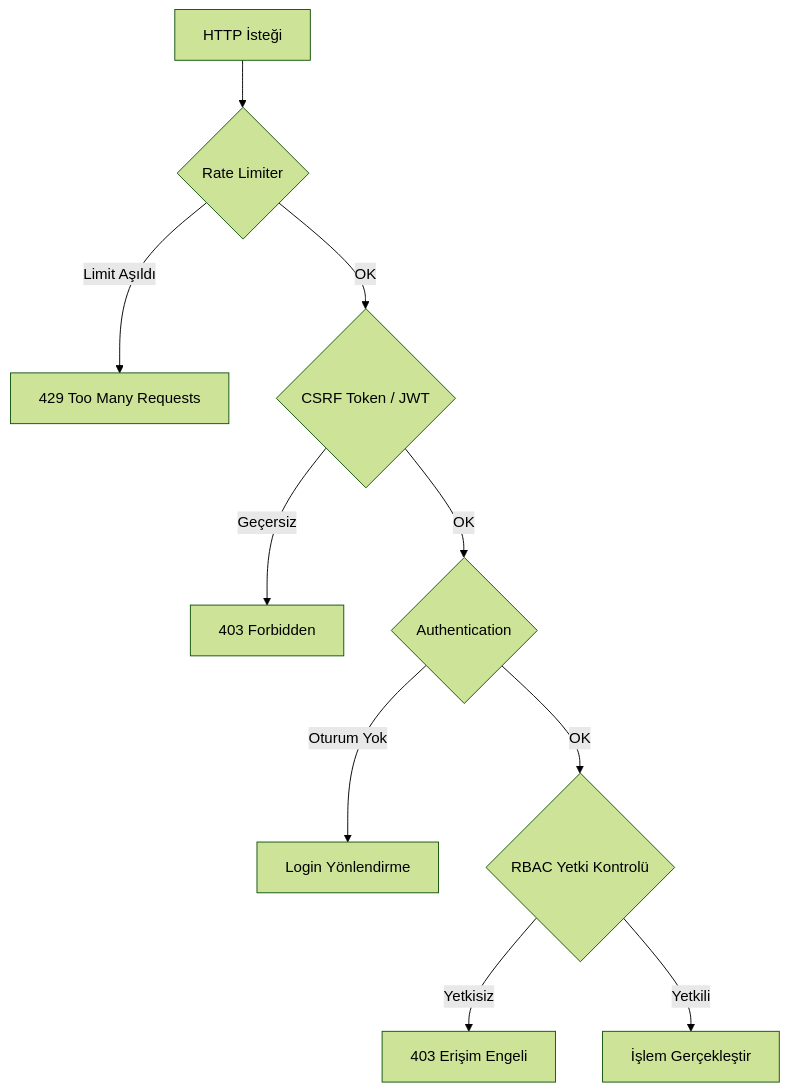
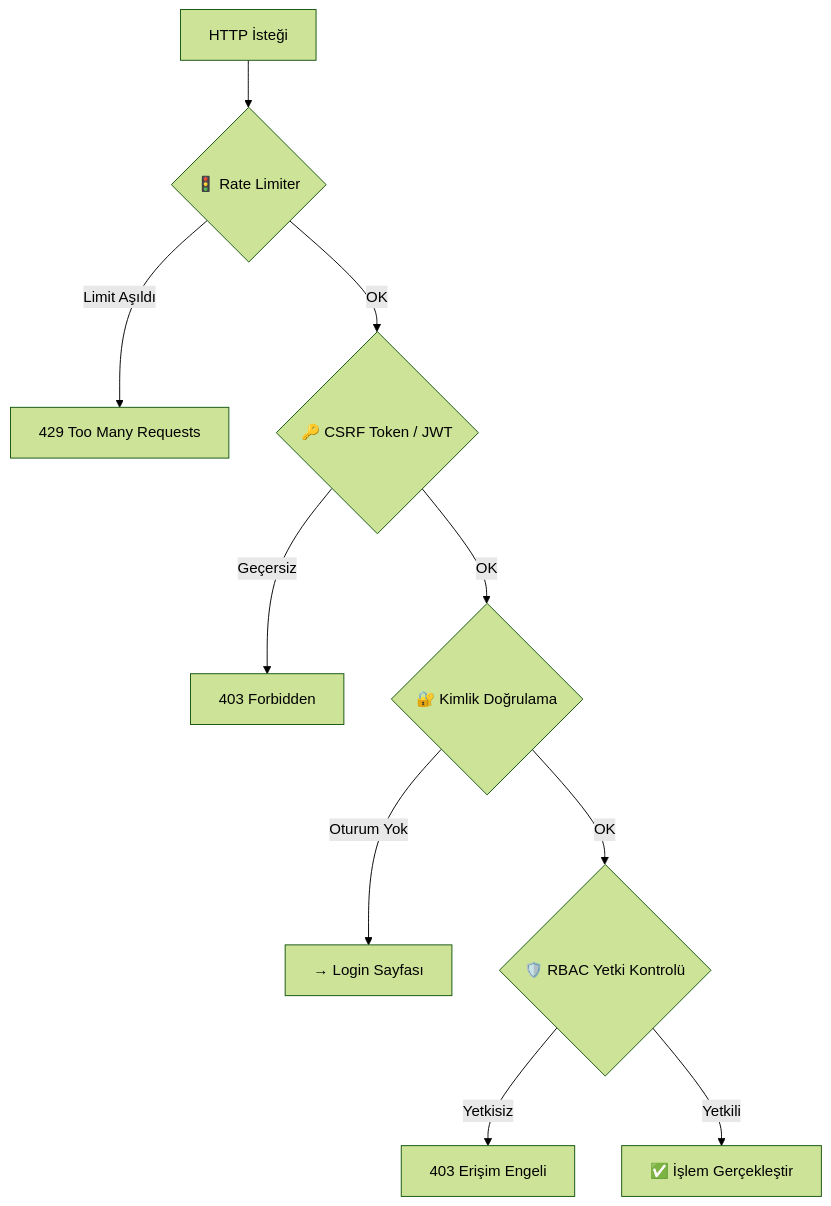
One commit to Scryne/FabrikaOS changed the second of 3 diagrams in README.md. Above: the diagram before and after it, drawn with Mermaid (forest theme). The commit also changed other lines of this file and 8 other files, not shown here.

````diff
--- a/README.md
+++ b/README.md
@@ -520,12 +471,12 @@
 ```mermaid
 graph TD
-    A[HTTP İsteği] --> B{Rate Limiter}
-    B -->|Limit Aşıldı| C[429 Too Many Requests]
-    B -->|OK| D{CSRF Token / JWT}
-    D -->|Geçersiz| E[403 Forbidden]
-    D -->|OK| F{Authentication}
-    F -->|Oturum Yok| G[Login Yönlendirme]
-    F -->|OK| H{RBAC Yetki Kontrolü}
-    H -->|Yetkisiz| I[403 Erişim Engeli]
-    H -->|Yetkili| J[İşlem Gerçekleştir]
+    A["HTTP İsteği"] --> B{"🚦 Rate Limiter"}
+    B -->|"Limit Aşıldı"| C["429 Too Many Requests"]
+    B -->|"OK"| D{"🔑 CSRF Token / JWT"}
+    D -->|"Geçersiz"| E["403 Forbidden"]
+    D -->|"OK"| F{"🔐 Kimlik Doğrulama"}
+    F -->|"Oturum Yok"| G["→ Login Sayfası"]
+    F -->|"OK"| H{"🛡️ RBAC Yetki Kontrolü"}
+    H -->|"Yetkisiz"| I["403 Erişim Engeli"]
+    H -->|"Yetkili"| J["✅ İşlem Gerçekleştir"]
 ```
````
